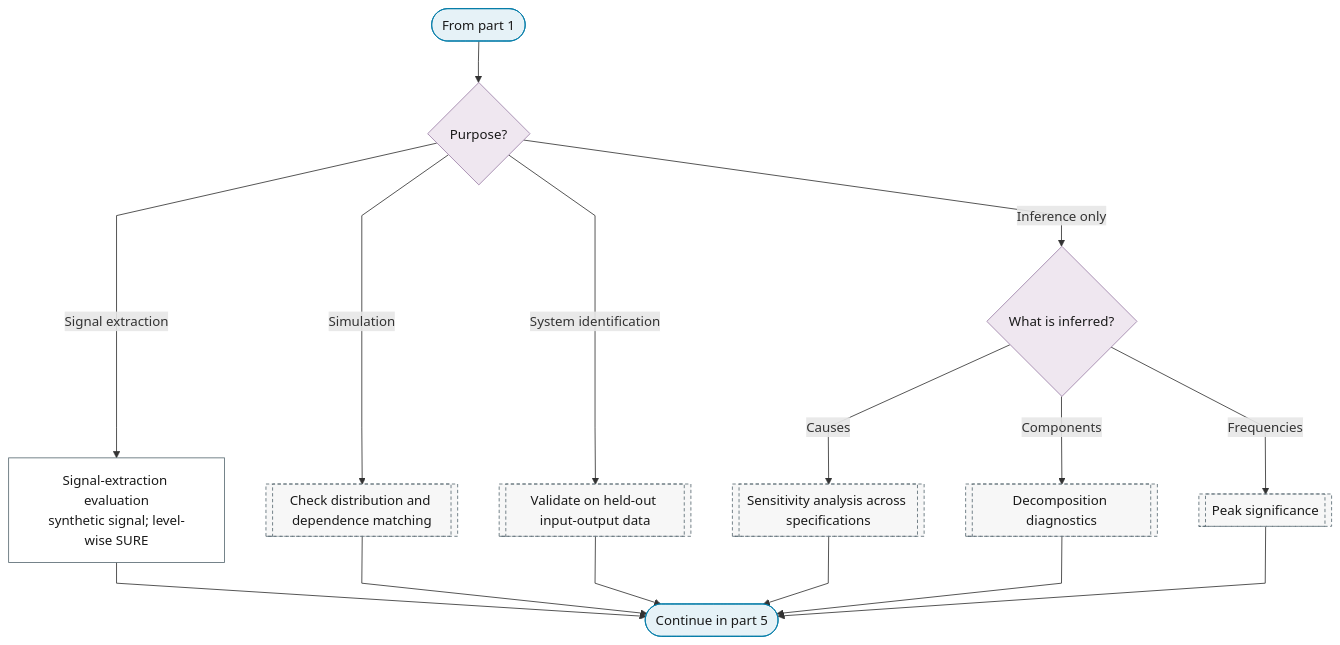
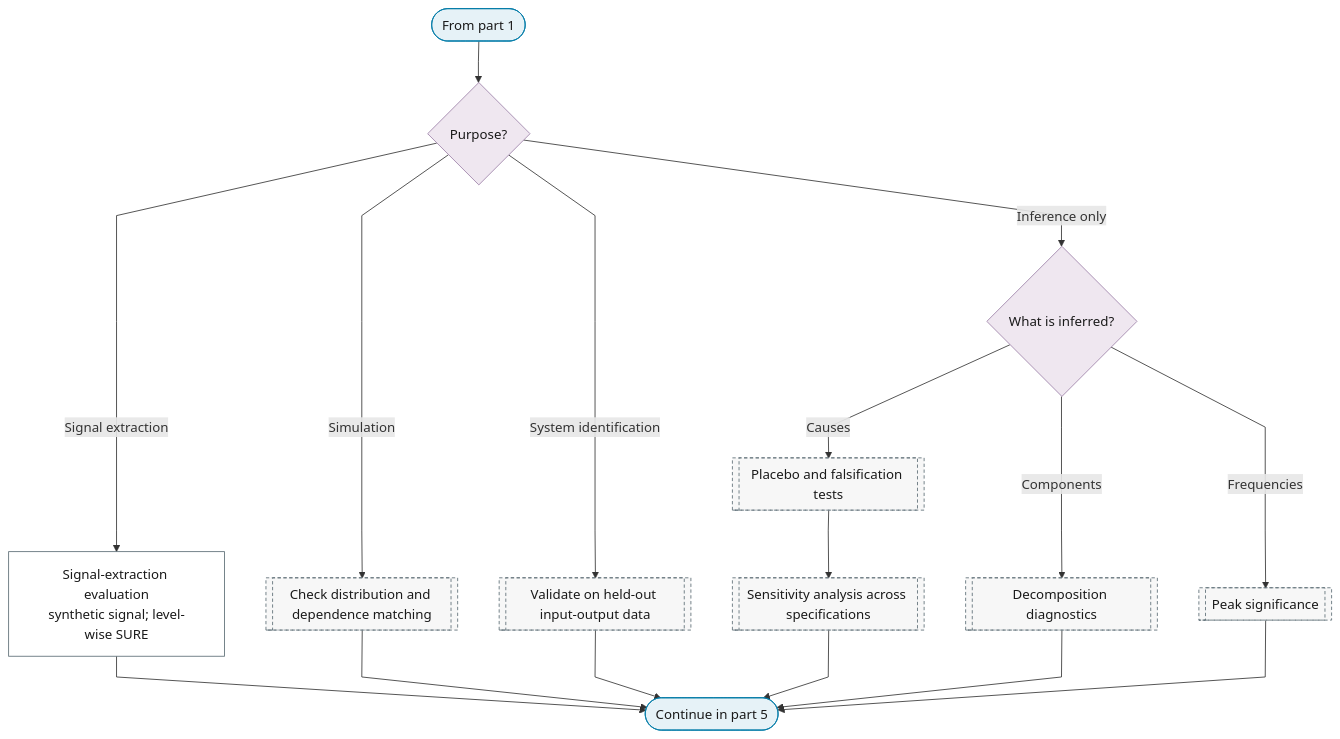
The fourth of 5 diagrams in docs/01-workflow/p10-evaluation-selection.md (Shuxin-Y/time-series-analysis-manual), drawn with Mermaid before and after one commit. The commit also changed other lines of this file and 20 other files, not shown here.

First line of the commit message:
fix(charts): one placement per purpose leaf; branch table; exits and labels

````diff
--- a/docs/01-workflow/p10-evaluation-selection.md
+++ b/docs/01-workflow/p10-evaluation-selection.md
@@ -87,26 +89,27 @@
 ```mermaid
 %%{init: {"flowchart": {"curve": "linear"}}}%%
 graph TD
     P10_PART_4_IN(["From part 1"]) --> P10_OUTPUTS{"Purpose?"}
     P10_OUTPUTS -->|"Signal extraction"| P10_SIGNAL_EVALUATION["Signal-extraction evaluation<br/>synthetic signal; level-wise SURE"]
     P10_OUTPUTS -->|"Simulation"| P0_SM_DISTRIBUTION_MATCH[["Check distribution and dependence matching"]]
     P10_OUTPUTS -->|"System identification"| P0_SI_VALIDATION[["Validate on held-out input-output data"]]
     P10_OUTPUTS -->|"Inference only"| P10_INFERENCE_ONLY{"What is inferred?"}
-    P10_INFERENCE_ONLY -->|"Causes"| P0_CA_SENSITIVITY[["Sensitivity analysis across specifications"]]
+    P10_INFERENCE_ONLY -->|"Causes"| P0_CA_PLACEBO[["Placebo and falsification tests"]]
+    P0_CA_PLACEBO --> P0_CA_SENSITIVITY[["Sensitivity analysis across specifications"]]
     P10_INFERENCE_ONLY -->|"Components"| P0_DC_DIAGNOSTICS[["Decomposition diagnostics"]]
     P10_INFERENCE_ONLY -->|"Frequencies"| P0_SP_PEAK_SIGNIFICANCE[["Peak significance"]]
     P10_SIGNAL_EVALUATION & P0_SM_DISTRIBUTION_MATCH & P0_SI_VALIDATION --> P10_PART_4_OUT(["Continue in part 5"])
     P0_CA_SENSITIVITY & P0_DC_DIAGNOSTICS & P0_SP_PEAK_SIGNIFICANCE --> P10_PART_4_OUT
     class P10_PART_4_IN,P10_PART_4_OUT terminator
     class P10_OUTPUTS,P10_INFERENCE_ONLY decision
     class P10_SIGNAL_EVALUATION process
-    class P0_SM_DISTRIBUTION_MATCH,P0_SI_VALIDATION,P0_CA_SENSITIVITY,P0_DC_DIAGNOSTICS,P0_SP_PEAK_SIGNIFICANCE ref
+    class P0_SM_DISTRIBUTION_MATCH,P0_SI_VALIDATION,P0_CA_PLACEBO,P0_CA_SENSITIVITY,P0_DC_DIAGNOSTICS,P0_SP_PEAK_SIGNIFICANCE ref
     classDef terminator fill:#E6F2F7,stroke:#007BA7,color:#1A1A1A;
     classDef process fill:#FFFFFF,stroke:#5A6B73,color:#1A1A1A;
     classDef decision fill:#EFE7F0,stroke:#9B7FA7,color:#1A1A1A;
     classDef data fill:#FFF4E0,stroke:#C9A55E,color:#1A1A1A;
     classDef good fill:#DCEFD8,stroke:#4A7A3F,color:#1A1A1A;
     classDef escalate fill:#FFE9C2,stroke:#C9A55E,color:#1A1A1A;
     classDef problem fill:#F2D9DE,stroke:#800020,color:#1A1A1A;
     classDef ref fill:#F7F7F7,stroke:#5A6B73,color:#1A1A1A,stroke-dasharray:4 3;
 ```
````
